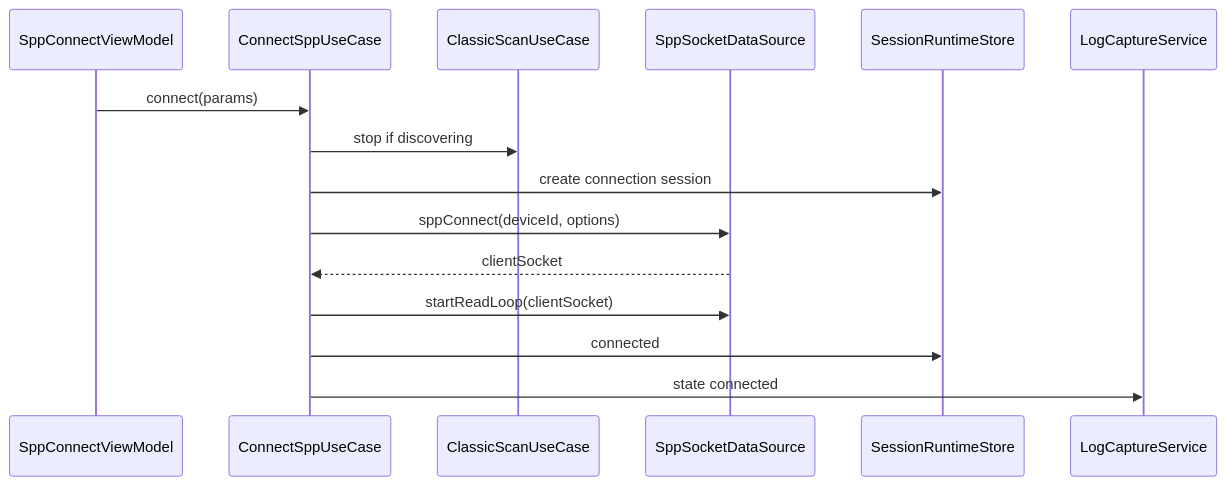
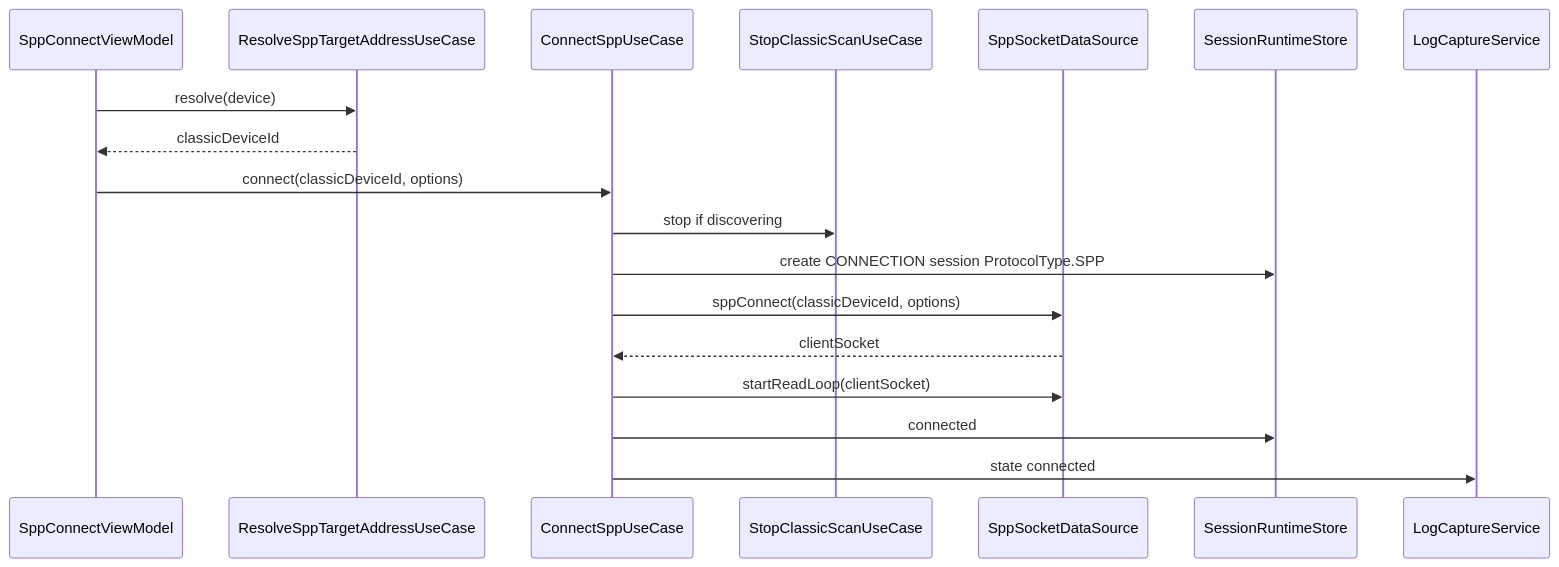
The first of 2 diagrams in .projectark/5-架构设计/无线调试工具/bluetooth/02-SPP终端连接收发与日志设计.md (yohurm/HarmonyOS-YoWireTools), drawn with Mermaid before and after one commit. The commit also changed other lines of this file and 17 other files, not shown here.

````diff
--- a/.projectark/5-架构设计/无线调试工具/bluetooth/02-SPP终端连接收发与日志设计.md
+++ b/.projectark/5-架构设计/无线调试工具/bluetooth/02-SPP终端连接收发与日志设计.md
@@ -87,18 +95,21 @@
 ```mermaid
 sequenceDiagram
   participant VM as SppConnectViewModel
+  participant Resolve as ResolveSppTargetAddressUseCase
   participant UC as ConnectSppUseCase
-  participant Scan as ClassicScanUseCase
+  participant Scan as StopClassicScanUseCase
   participant DS as SppSocketDataSource
   participant RT as SessionRuntimeStore
   participant LOG as LogCaptureService
 
-  VM->>UC: connect(params)
+  VM->>Resolve: resolve(device)
+  Resolve-->>VM: classicDeviceId
+  VM->>UC: connect(classicDeviceId, options)
   UC->>Scan: stop if discovering
-  UC->>RT: create connection session
-  UC->>DS: sppConnect(deviceId, options)
+  UC->>RT: create CONNECTION session ProtocolType.SPP
+  UC->>DS: sppConnect(classicDeviceId, options)
   DS-->>UC: clientSocket
   UC->>DS: startReadLoop(clientSocket)
   UC->>RT: connected
   UC->>LOG: state connected
 ```
````
